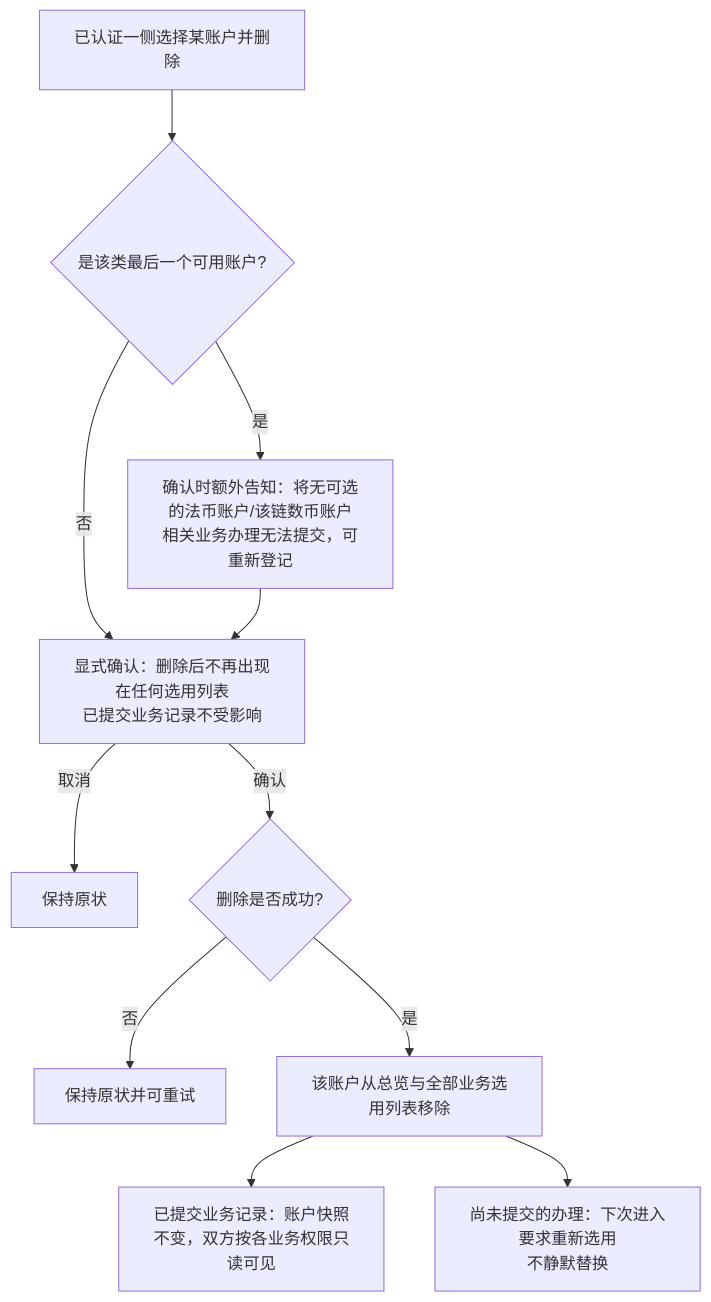
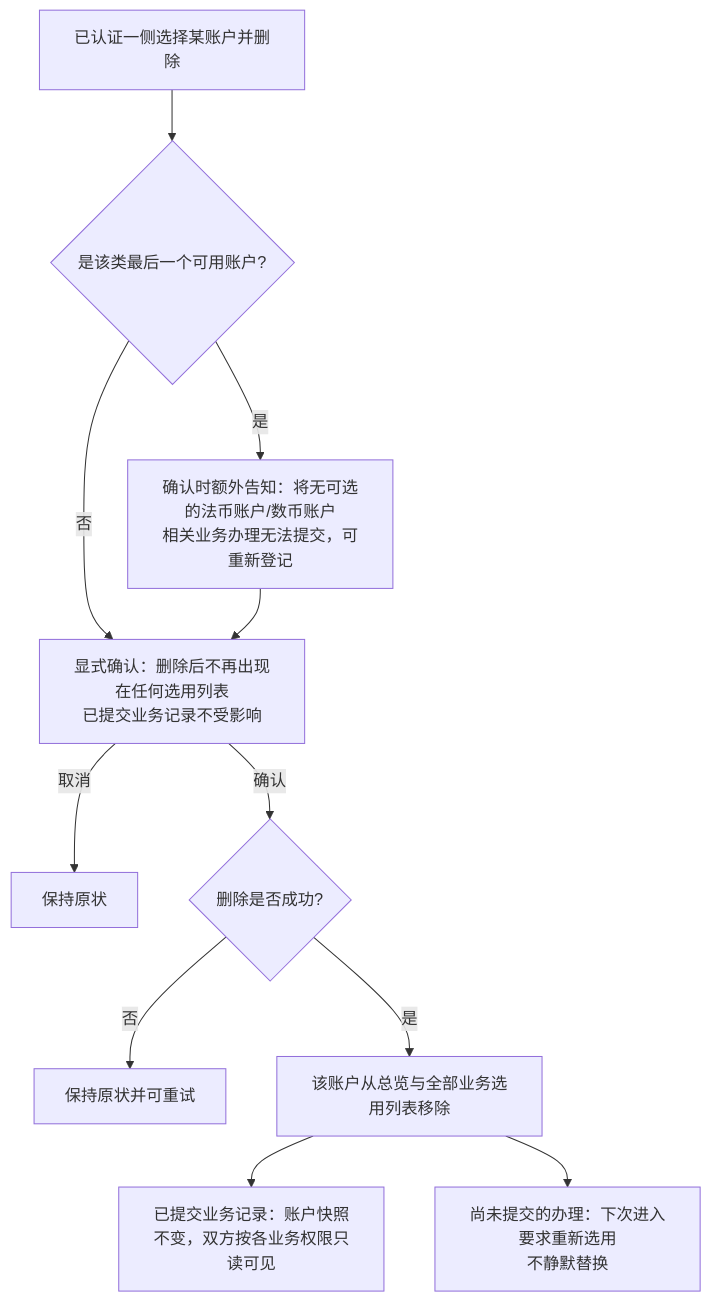
One commit to wxblockchain/Chain-Financing changed the fourth of 7 diagrams in lending-platform/PRD/面客端/03-企业账户/02-企业账户-流程图与状态机.md. Above: the diagram before and after it, drawn with Mermaid. The commit also changed other lines of this file and 4 other files, not shown here.

````diff
--- a/lending-platform/PRD/面客端/03-企业账户/02-企业账户-流程图与状态机.md
+++ b/lending-platform/PRD/面客端/03-企业账户/02-企业账户-流程图与状态机.md
@@ -102,13 +102,13 @@
 ```mermaid
 flowchart TD
     A[已认证一侧选择某账户并删除] --> B{是该类最后一个可用账户?}
-    B -->|是| C[确认时额外告知：将无可选的法币账户/该链数币账户<br/>相关业务办理无法提交，可重新登记]
+    B -->|是| C[确认时额外告知：将无可选的法币账户/数币账户<br/>相关业务办理无法提交，可重新登记]
     B -->|否| D[显式确认：删除后不再出现在任何选用列表<br/>已提交业务记录不受影响]
     C --> D
     D -->|取消| E[保持原状]
     D -->|确认| F{删除是否成功?}
     F -->|否| G[保持原状并可重试]
     F -->|是| H[该账户从总览与全部业务选用列表移除]
     H --> I[已提交业务记录：账户快照不变，双方按各业务权限只读可见]
     H --> J[尚未提交的办理：下次进入要求重新选用<br/>不静默替换]
 ```
````
